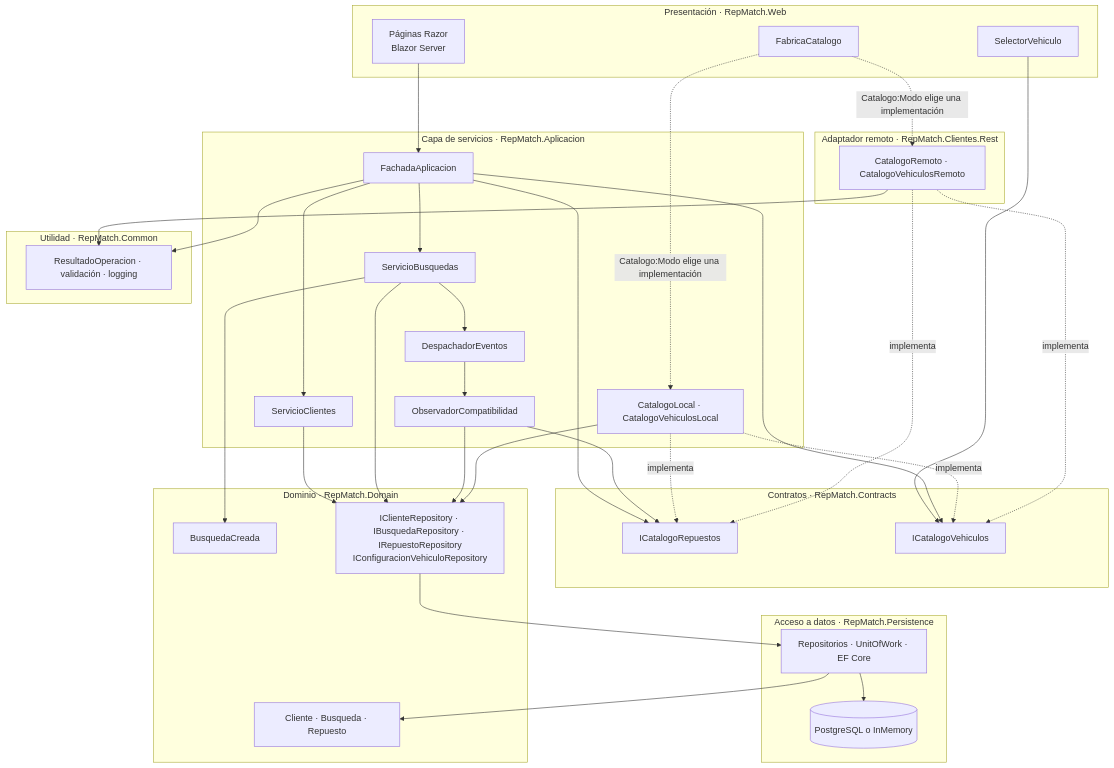
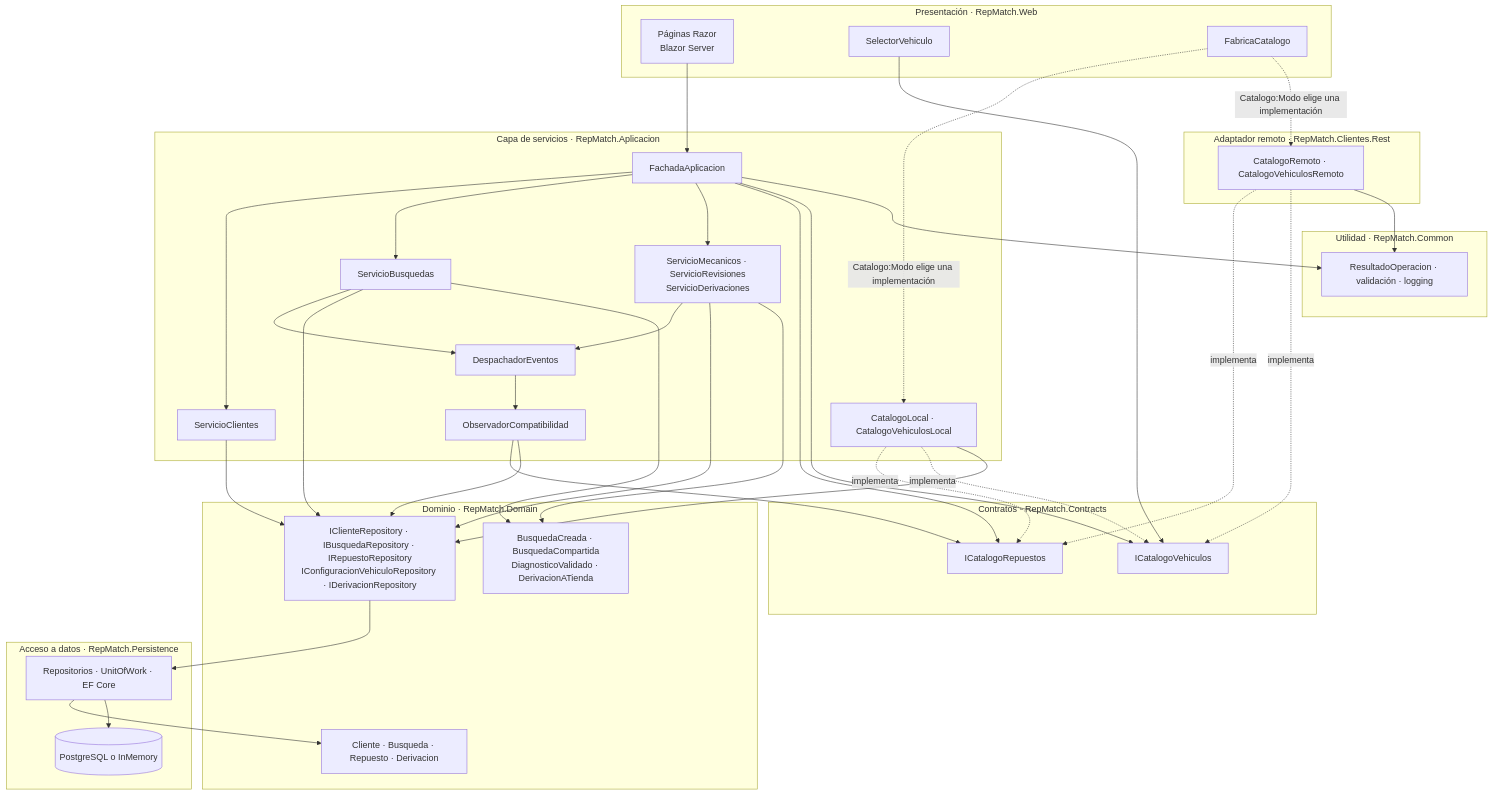
Before and after one commit to lfb-00/tp-apps-2: the diagram in docs/diagramas/capas.md, drawn with Mermaid. The commit also changed other lines of this file and 54 other files, not shown here.

````diff
--- a/docs/diagramas/capas.md
+++ b/docs/diagramas/capas.md
@@ -6,67 +6,72 @@
 ```mermaid
 flowchart TB
     subgraph presentacion["Presentación · RepMatch.Web"]
         WEB["Páginas Razor<br/>Blazor Server"]
         SEL["SelectorVehiculo"]
         FAB["FabricaCatalogo"]
     end
 
     subgraph servicios["Capa de servicios · RepMatch.Aplicacion"]
         FAC["FachadaAplicacion"]
         SC["ServicioClientes"]
         SB["ServicioBusquedas"]
+        SM["ServicioMecanicos · ServicioRevisiones<br/>ServicioDerivaciones"]
         DES["DespachadorEventos"]
         OBS["ObservadorCompatibilidad"]
         LOC["CatalogoLocal · CatalogoVehiculosLocal"]
     end
 
     subgraph remoto["Adaptador remoto · RepMatch.Clientes.Rest"]
         REM["CatalogoRemoto · CatalogoVehiculosRemoto"]
     end
 
     subgraph contratos["Contratos · RepMatch.Contracts"]
         IC["ICatalogoRepuestos"]
         ICV["ICatalogoVehiculos"]
     end
 
     subgraph utilidad["Utilidad · RepMatch.Common"]
         COM["ResultadoOperacion · validación · logging"]
     end
 
     subgraph dominio["Dominio · RepMatch.Domain"]
-        ENT["Cliente · Busqueda · Repuesto"]
-        EV["BusquedaCreada"]
-        REPO["IClienteRepository · IBusquedaRepository · IRepuestoRepository<br/>IConfiguracionVehiculoRepository"]
+        ENT["Cliente · Busqueda · Repuesto · Derivacion"]
+        EV["BusquedaCreada · BusquedaCompartida<br/>DiagnosticoValidado · DerivacionATienda"]
+        REPO["IClienteRepository · IBusquedaRepository · IRepuestoRepository<br/>IConfiguracionVehiculoRepository · IDerivacionRepository"]
     end
 
     subgraph datos["Acceso a datos · RepMatch.Persistence"]
         PER["Repositorios · UnitOfWork · EF Core"]
         BD[("PostgreSQL o InMemory")]
     end
 
     WEB --> FAC
     SEL --> ICV
     FAB -. "Catalogo:Modo elige una implementación" .-> LOC
     FAB -. "Catalogo:Modo elige una implementación" .-> REM
     FAC --> SC
     FAC --> SB
+    FAC --> SM
     FAC --> IC
     FAC --> ICV
     FAC --> COM
     SB --> DES
+    SM --> DES
     DES --> OBS
     OBS --> IC
     SC --> REPO
     SB --> REPO
     OBS --> REPO
+    SM --> REPO
     SB --> EV
+    SM --> EV
     LOC -. implementa .-> IC
     LOC -. implementa .-> ICV
     REM -. implementa .-> IC
     REM -. implementa .-> ICV
     LOC --> REPO
     REM --> COM
     REPO --> PER
     PER --> ENT
     PER --> BD
 ```
````
